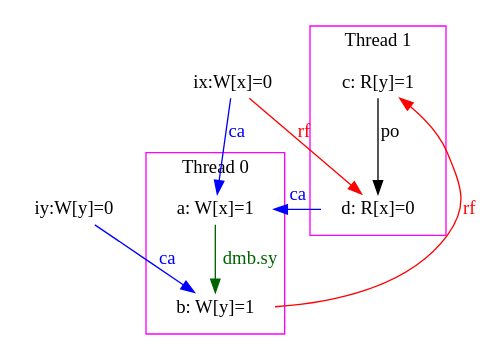
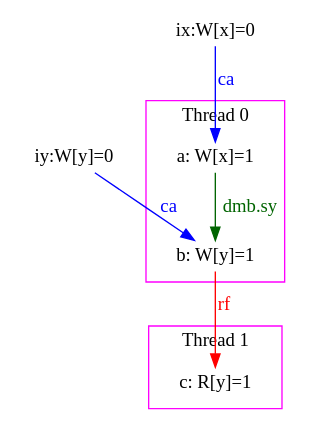
One commit to herd/herdtools7 changed the diagram in pac_tests/build/example1.dot. Above: the diagram before and after it, drawn with Graphviz. The commit also changed 8 other files, not shown here.

```diff
--- a/pac_tests/build/example1.dot
+++ b/pac_tests/build/example1.dot
@@ -1,36 +1,32 @@
 digraph G {
 
 
 
 /* init events */
-eiid4 [label="iy:W[y]=0", shape="none", fixedsize="false", height="0.194444", width="1.166667"];
-eiid5 [label="ix:W[x]=0", shape="none", fixedsize="false", height="0.194444", width="1.166667"];
+eiid3 [label="iy:W[y]=0", shape="none", fixedsize="false", height="0.194444", width="1.166667"];
+eiid4 [label="ix:W[x]=0", shape="none", fixedsize="false", height="0.194444", width="1.166667"];
 
 /* the unlocked events */
 subgraph cluster_proc0 { rank=sink; label = "Thread 0"; color=magenta; shape=box;
 eiid0 [label="a: W[x]=1", shape="none", fixedsize="false", height="0.194444", width="1.166667"];
 eiid1 [label="b: W[y]=1", shape="none", fixedsize="false", height="0.194444", width="1.166667"];
 }
 subgraph cluster_proc1 { rank=sink; label = "Thread 1"; color=magenta; shape=box;
 eiid2 [label="c: R[y]=1", shape="none", fixedsize="false", height="0.194444", width="1.166667"];
-eiid3 [label="d: R[x]=0", shape="none", fixedsize="false", height="0.194444", width="1.166667"];
 }
 
 /* the intra_causality_data edges */
 
 
 /* the intra_causality_control edges */
 
 /* the poi edges */
-eiid2 -> eiid3 [label="po", color="black", fontcolor="black"];
 /* the rfmap edges */
 
 
 /* The viewed-before edges */
 eiid1 -> eiid2 [label="rf", color="red", fontcolor="red"];
-eiid5 -> eiid3 [label="rf", color="red", fontcolor="red"];
 eiid0 -> eiid1 [label="dmb.sy", color="darkgreen", fontcolor="darkgreen"];
-eiid3 -> eiid0 [label="ca", color="blue", fontcolor="blue"];
-eiid4 -> eiid1 [label="ca", color="blue", fontcolor="blue"];
-eiid5 -> eiid0 [label="ca", color="blue", fontcolor="blue"];
+eiid3 -> eiid1 [label="ca", color="blue", fontcolor="blue"];
+eiid4 -> eiid0 [label="ca", color="blue", fontcolor="blue"];
 }
```
